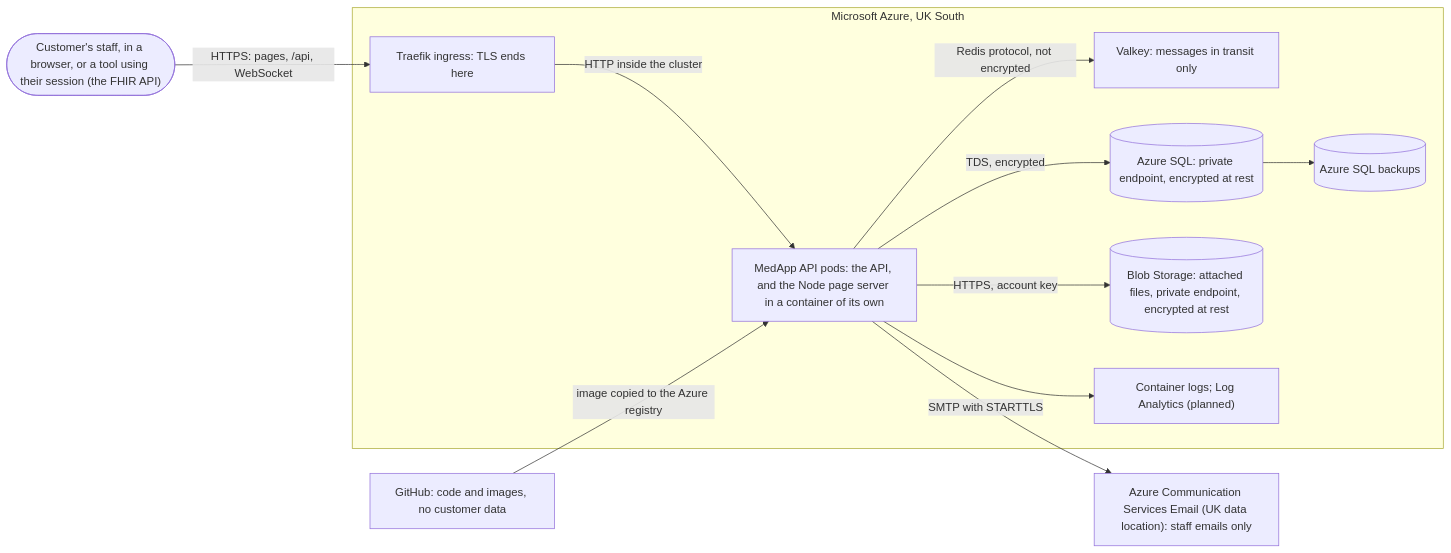
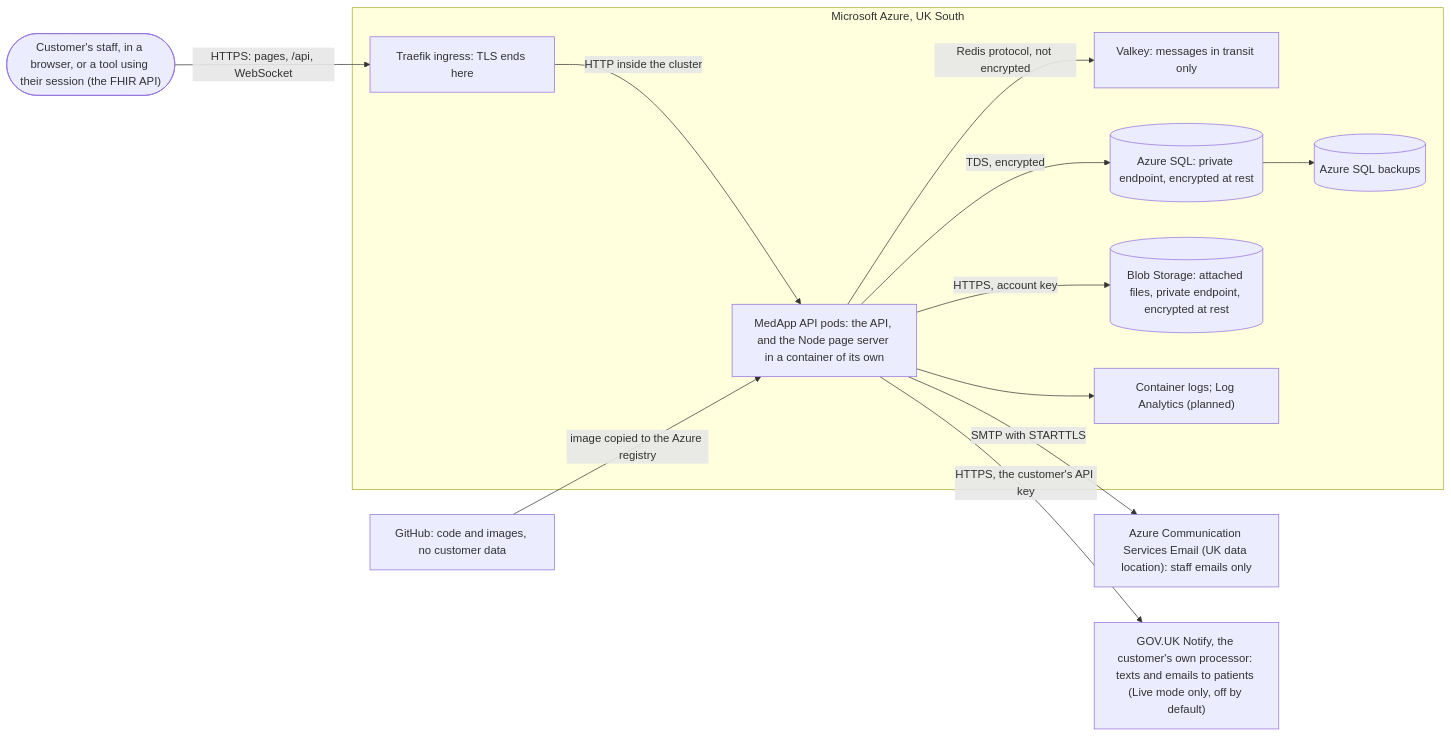
One commit to Aliator/MedApp changed the diagram in docs/governance/data-inventory.md. Above: the diagram before and after it, drawn with Mermaid. The commit also changed other lines of this file and 180 other files, not shown here.

````diff
--- a/docs/governance/data-inventory.md
+++ b/docs/governance/data-inventory.md
@@ -104,24 +107,26 @@
 ```mermaid
 flowchart LR
     staff(["Customer's staff, in a browser, or a tool using their session (the FHIR API)"])
     subgraph uk["Microsoft Azure, UK South"]
       ingress["Traefik ingress: TLS ends here"]
       api["MedApp API pods: the API, and the Node page server in a container of its own"]
       valkey["Valkey: messages in transit only"]
       sql[("Azure SQL: private endpoint, encrypted at rest")]
       blob[("Blob Storage: attached files, private endpoint, encrypted at rest")]
       backups[("Azure SQL backups")]
       logs["Container logs; Log Analytics (planned)"]
     end
     acs["Azure Communication Services Email (UK data location): staff emails only"]
+    notify["GOV.UK Notify, the customer's own processor: texts and emails to patients (Live mode only, off by default)"]
     gh["GitHub: code and images, no customer data"]
     staff -->|"HTTPS: pages, /api, WebSocket"| ingress
     ingress -->|"HTTP inside the cluster"| api
     api -->|"TDS, encrypted"| sql
     api -->|"HTTPS, account key"| blob
     api -->|"Redis protocol, not encrypted"| valkey
     api -->|"SMTP with STARTTLS"| acs
+    api -->|"HTTPS, the customer's API key"| notify
     sql --> backups
     api --> logs
     gh -->|"image copied to the Azure registry"| api
 ```
````
